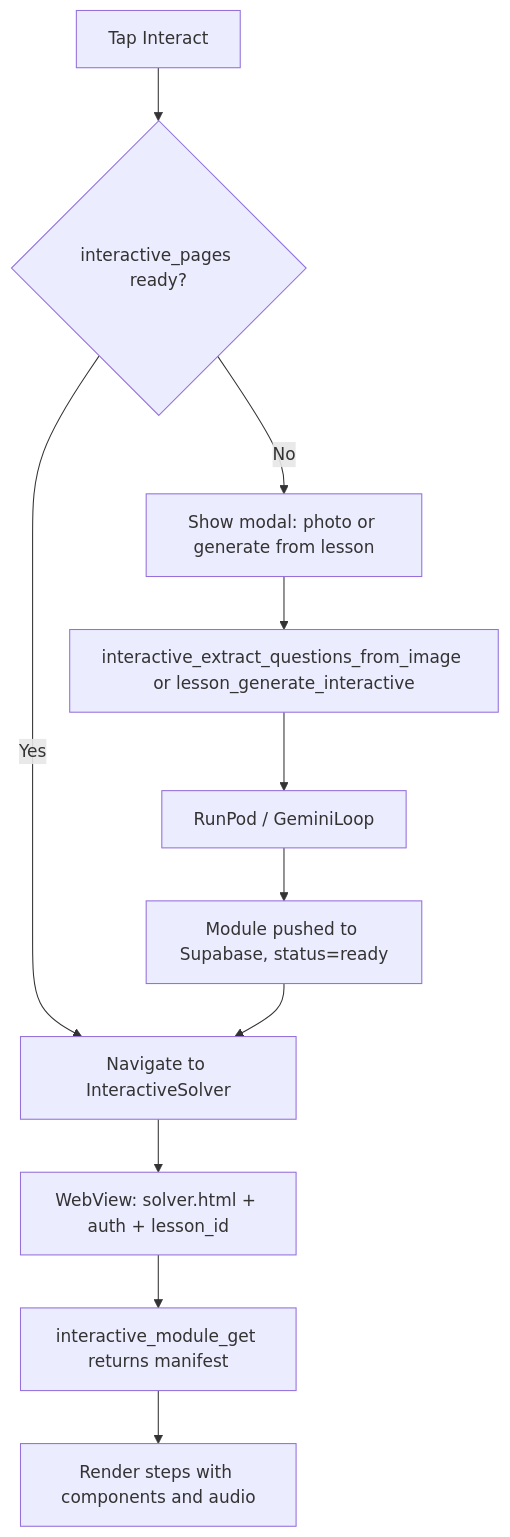
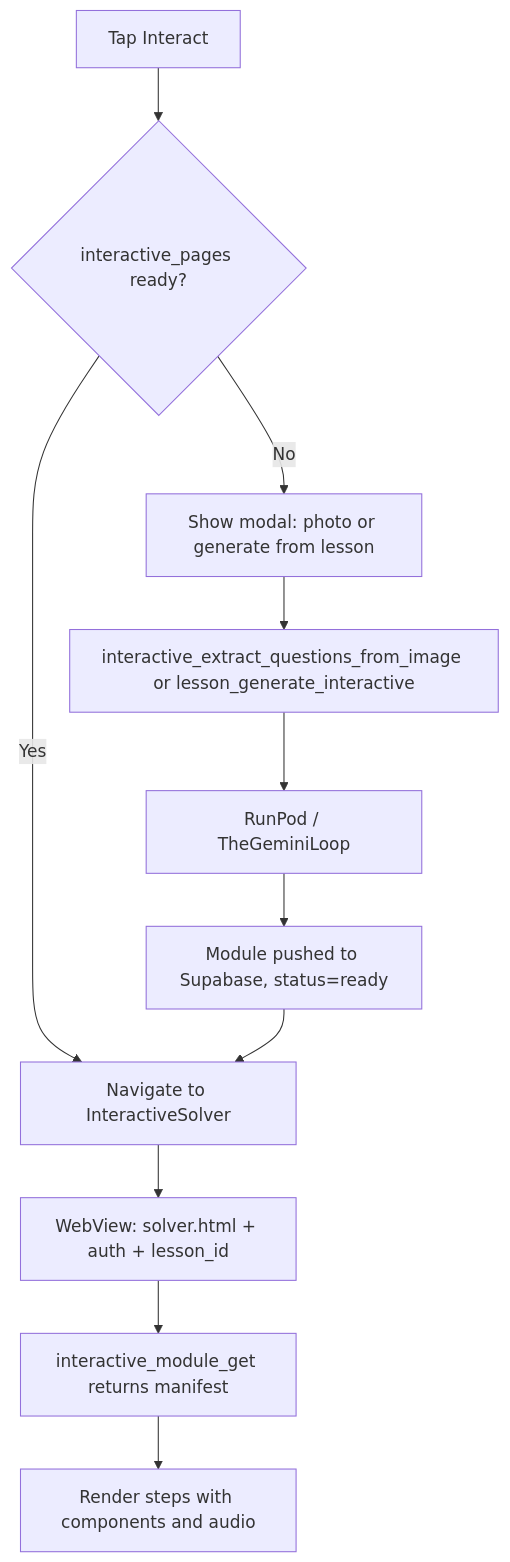
Before and after one commit to Yknld/smrtr: the sixth of 13 diagrams in study-os-mobile/docs/FEATURES.md, drawn with Mermaid. The commit also changed 7 other files, not shown here.

````diff
--- a/study-os-mobile/docs/FEATURES.md
+++ b/study-os-mobile/docs/FEATURES.md
@@ -74,13 +74,13 @@
 ```mermaid
 flowchart TB
     A["Tap Interact"] --> B{"interactive_pages ready?"}
     B -->|No| C["Show modal: photo or generate from lesson"]
     C --> D["interactive_extract_questions_from_image or lesson_generate_interactive"]
-    D --> E["RunPod / GeminiLoop"]
+    D --> E["RunPod / TheGeminiLoop"]
     E --> F["Module pushed to Supabase, status=ready"]
     B -->|Yes| G["Navigate to InteractiveSolver"]
     F --> G
     G --> H["WebView: solver.html + auth + lesson_id"]
     H --> I["interactive_module_get returns manifest"]
     I --> J["Render steps with components and audio"]
 ```
````
